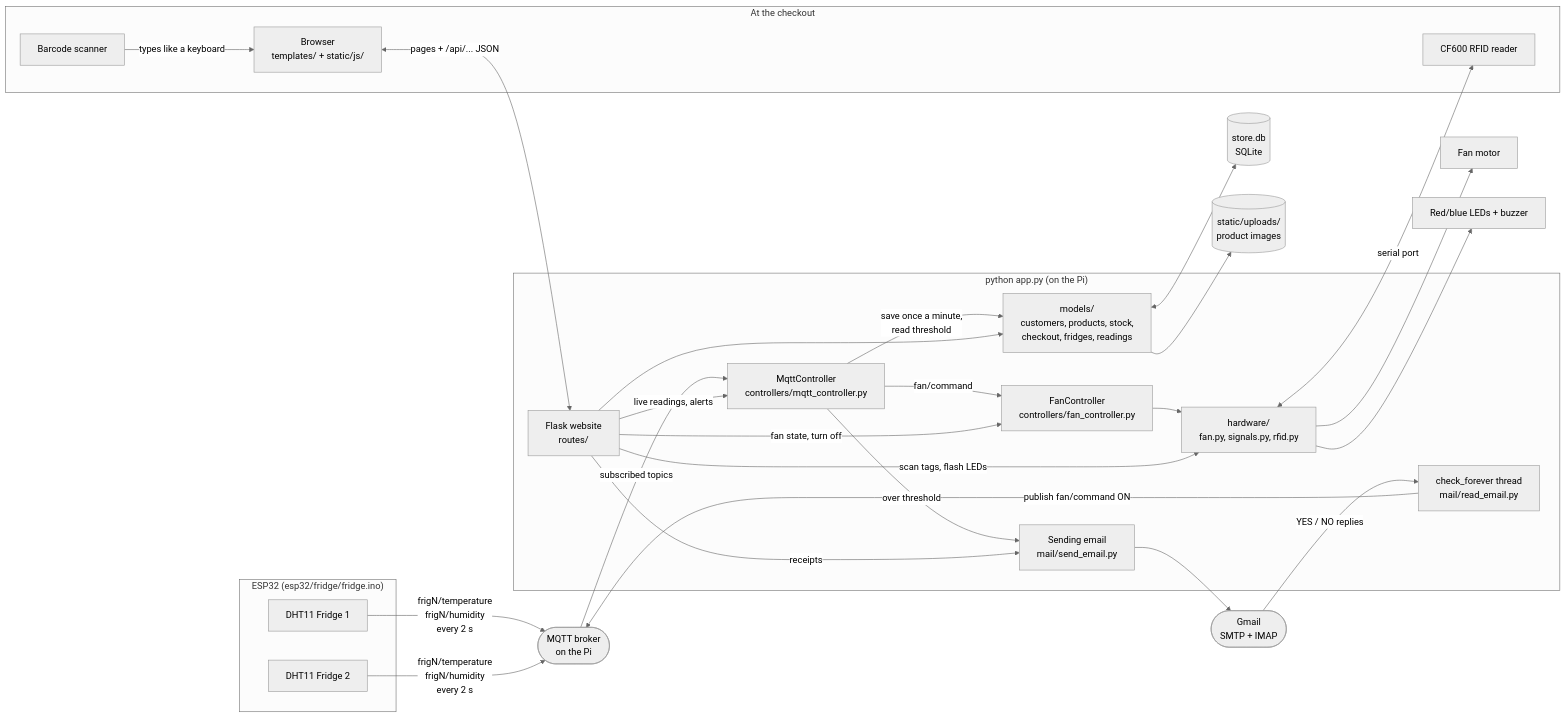
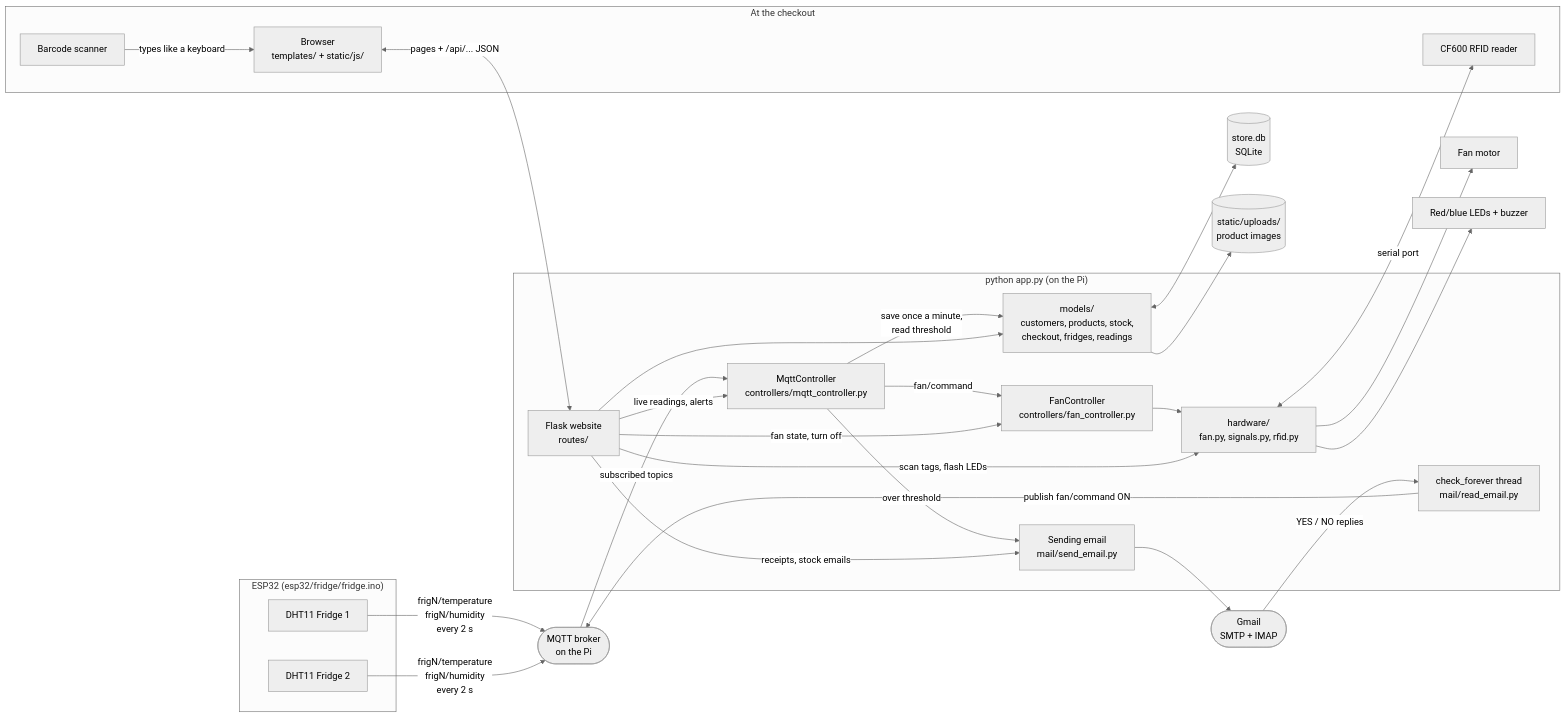
One commit to gvogas/IoT changed the first of 7 diagrams in docs/architecture.md. Above: the diagram before and after it, drawn with Mermaid (neutral theme). The commit also changed other lines of this file and 13 other files, not shown here.

````diff
--- a/docs/architecture.md
+++ b/docs/architecture.md
@@ -19,53 +19,53 @@
 ```mermaid
 flowchart LR
     subgraph ESP32["ESP32 (esp32/fridge/fridge.ino)"]
         DHT1["DHT11 Fridge 1"]
         DHT2["DHT11 Fridge 2"]
     end
 
     subgraph Store["At the checkout"]
         Browser["Browser<br/>templates/ + static/js/"]
         Barcode["Barcode scanner"]
         Reader["CF600 RFID reader"]
     end
 
     Broker(["MQTT broker<br/>on the Pi"])
 
     subgraph Pi["python app.py (on the Pi)"]
         Flask["Flask website<br/>routes/"]
         MQTT["MqttController<br/>controllers/mqtt_controller.py"]
         FanC["FanController<br/>controllers/fan_controller.py"]
         Inbox["check_forever thread<br/>mail/read_email.py"]
         Send["Sending email<br/>mail/send_email.py"]
         Models["models/<br/>customers, products, stock,<br/>checkout, fridges, readings"]
         HW["hardware/<br/>fan.py, signals.py, rfid.py"]
     end
 
     DB[("store.db<br/>SQLite")]
     Images[("static/uploads/<br/>product images")]
     Gmail(["Gmail<br/>SMTP + IMAP"])
     Fan["Fan motor"]
     LEDs["Red/blue LEDs + buzzer"]
 
     DHT1 & DHT2 -->|"frigN/temperature<br/>frigN/humidity<br/>every 2 s"| Broker
     Broker -->|subscribed topics| MQTT
     MQTT -->|fan/command| FanC
     MQTT -->|"save once a minute,<br/>read threshold"| Models
     MQTT -->|"over threshold"| Send
     Send --> Gmail
     Gmail -->|"YES / NO replies"| Inbox
     Inbox -->|"publish fan/command ON"| Broker
     FanC --> HW
     HW --> Fan
     HW --> LEDs
     HW <-->|"serial port"| Reader
     Barcode -->|"types like a keyboard"| Browser
     Models <--> DB
     Models --> Images
     Browser <-->|"pages + /api/... JSON"| Flask
     Flask --> Models
     Flask -->|"scan tags, flash LEDs"| HW
-    Flask -->|"receipts"| Send
+    Flask -->|"receipts, stock emails"| Send
     Flask -->|"live readings, alerts"| MQTT
     Flask -->|"fan state, turn off"| FanC
 ```
````
